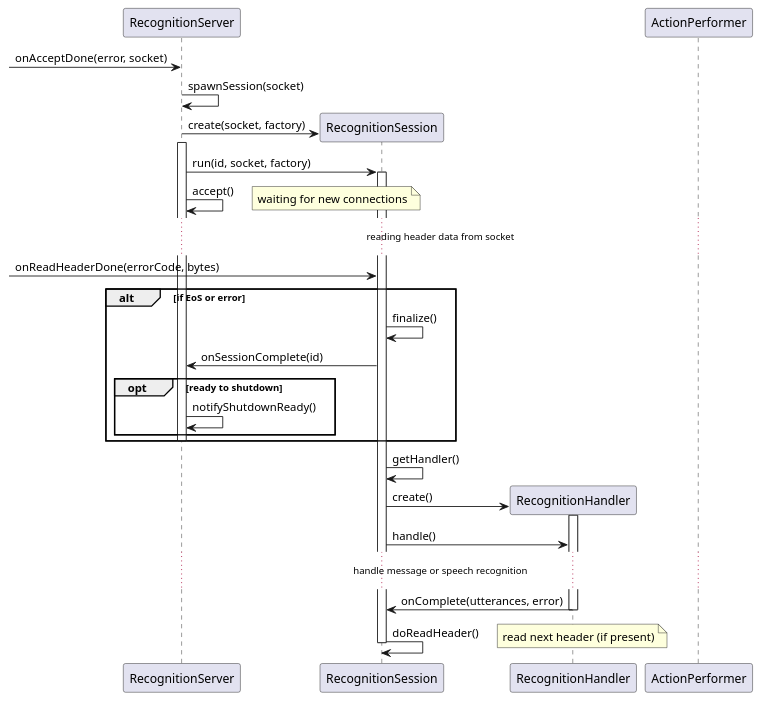
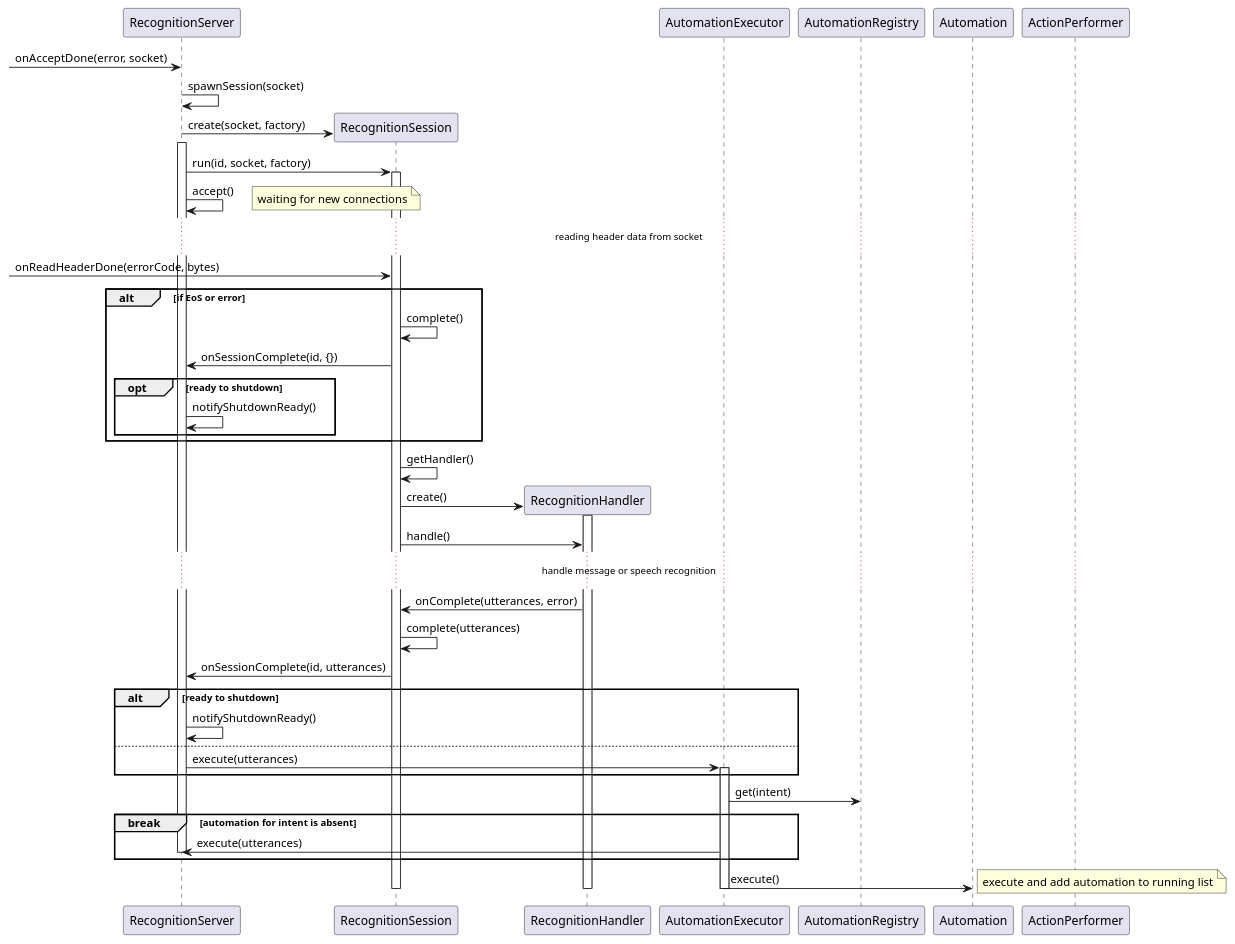
One commit to denoming/rintento changed the sixth of 10 diagrams in src/intent/doc/intent.md. Above: the diagram before and after it, drawn with PlantUML. The commit also changed other lines of this file, not shown here.

Commit message:
update intent doc

````diff
--- a/src/intent/doc/intent.md
+++ b/src/intent/doc/intent.md
@@ -164,40 +226,54 @@
 ```plantuml
 @startuml
 
 participant RecognitionServer
 participant RecognitionSession
 
 -> RecognitionServer : onAcceptDone(error, socket)
 RecognitionServer -> RecognitionServer : spawnSession(socket)
 create RecognitionSession
 RecognitionServer -> RecognitionSession : create(socket, factory) 
 activate RecognitionServer
 RecognitionServer -> RecognitionSession : run(id, socket, factory)
 activate RecognitionSession
 RecognitionServer -> RecognitionServer : accept()
 note right: waiting for new connections
 ...reading header data from socket...
 -> RecognitionSession : onReadHeaderDone(errorCode, bytes)
 alt if EoS or error
-    RecognitionSession -> RecognitionSession : finalize()
-    RecognitionSession -> RecognitionServer : onSessionComplete(id)
+    RecognitionSession -> RecognitionSession : complete()
+    RecognitionSession -> RecognitionServer : onSessionComplete(id, {})
     opt ready to shutdown
         RecognitionServer -> RecognitionServer : notifyShutdownReady()
     end
-    deactivate RecognitionServer
 end
 RecognitionSession -> RecognitionSession : getHandler()
 create RecognitionHandler
 RecognitionSession -> RecognitionHandler : create()
 activate RecognitionHandler
 RecognitionSession -> RecognitionHandler : handle()
 ...handle message or speech recognition...
 RecognitionHandler -> RecognitionSession : onComplete(utterances, error)
+RecognitionSession -> RecognitionSession : complete(utterances)
+RecognitionSession -> RecognitionServer : onSessionComplete(id, utterances)
+alt ready to shutdown
+    RecognitionServer -> RecognitionServer : notifyShutdownReady()
+else
+    RecognitionServer -> AutomationExecutor : execute(utterances)
+    
+    activate AutomationExecutor
+end
+AutomationExecutor -> AutomationRegistry : get(intent)
+break automation for intent is absent
+    RecognitionServer <- AutomationExecutor : execute(utterances)
+    deactivate RecognitionServer
+end
+AutomationExecutor -> Automation : execute()
+note right: execute and add automation to running list
+deactivate AutomationExecutor
 deactivate RecognitionHandler
-RecognitionSession -> RecognitionSession : doReadHeader()
-note right: read next header (if present)
 deactivate ActionPerformer
 deactivate RecognitionSession
 
 @enduml
 ```
````
